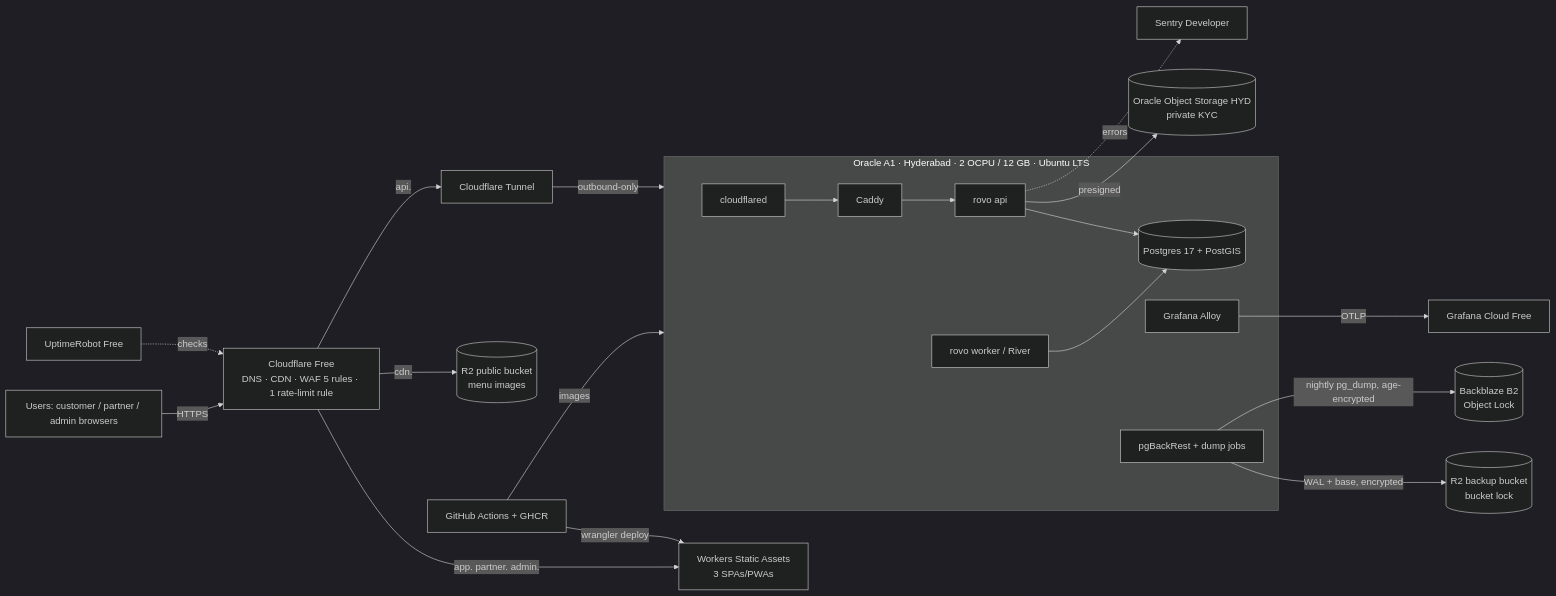
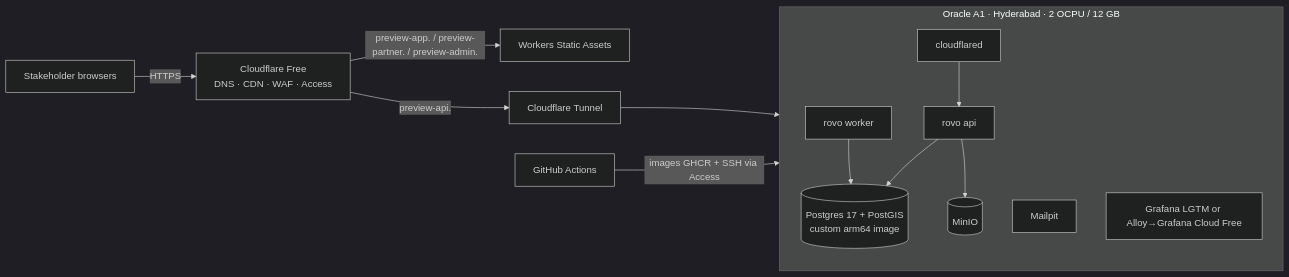
The diagram in docs/planning/25-free-hosting-comparison.md (storetmobiles2-code/rovo), drawn with Mermaid (dark theme) before and after one commit. The commit also changed other lines of this file and 11 other files, not shown here.

````diff
--- a/docs/planning/25-free-hosting-comparison.md
+++ b/docs/planning/25-free-hosting-comparison.md
@@ -227,25 +257,19 @@
 ```mermaid
 flowchart LR
-  U[Users: customer / partner / admin browsers] -->|HTTPS| CF[Cloudflare Free<br/>DNS · CDN · WAF 5 rules · 1 rate-limit rule]
-  CF -->|app. partner. admin.| WSA[Workers Static Assets<br/>3 SPAs/PWAs]
-  CF -->|cdn.| R2P[(R2 public bucket<br/>menu images)]
-  CF -->|api.| TUN[Cloudflare Tunnel]
-  TUN -->|outbound-only| VM
-  subgraph VM[Oracle A1 · Hyderabad · 2 OCPU / 12 GB · Ubuntu LTS]
-    CFD[cloudflared] --> CAD[Caddy] --> API[rovo api]
-    WRK[rovo worker / River]
-    PG[(Postgres 17 + PostGIS)]
-    ALY[Grafana Alloy]
-    BKP[pgBackRest + dump jobs]
+  U[Stakeholder browsers] -->|HTTPS| CF[Cloudflare Free<br/>DNS · CDN · WAF · Access]
+  CF -->|preview-app. / preview-partner. / preview-admin.| WSA[Workers Static Assets]
+  CF -->|preview-api.| TUN[Cloudflare Tunnel]
+  TUN --> VM
+  subgraph VM[Oracle A1 · Hyderabad · 2 OCPU / 12 GB]
+    CFD[cloudflared] --> API[rovo api]
+    WRK[rovo worker]
+    PG[(Postgres 17 + PostGIS<br/>custom arm64 image)]
+    MINIO[(MinIO)]
+    MAIL[Mailpit]
+    LGTM[Grafana LGTM or Alloy→Grafana Cloud Free]
     API --> PG
     WRK --> PG
+    API --> MINIO
   end
-  API -->|presigned| OOS[(Oracle Object Storage HYD<br/>private KYC)]
-  BKP -->|WAL + base, encrypted| R2B[(R2 backup bucket<br/>bucket lock)]
-  BKP -->|nightly pg_dump, age-encrypted| B2[(Backblaze B2<br/>Object Lock)]
-  ALY -->|OTLP| GC[Grafana Cloud Free]
-  API -.errors.-> SEN[Sentry Developer]
-  UR[UptimeRobot Free] -.checks.-> CF
-  GH[GitHub Actions + GHCR] -->|images| VM
-  GH -->|wrangler deploy| WSA
+  GH[GitHub Actions] -->|images GHCR + SSH via Access| VM
 ```
````
